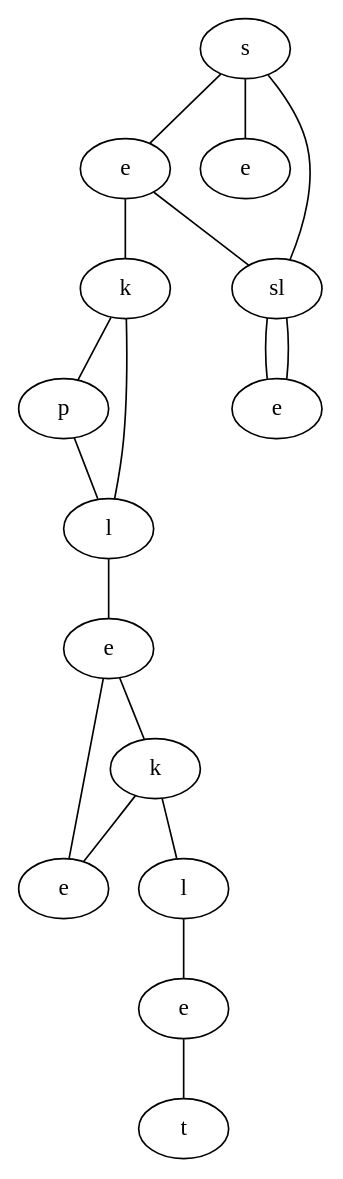
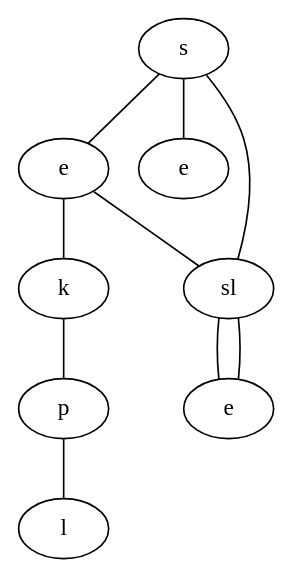
One commit to schrum2/MM-NEAT changed the diagram in data/VGLC/graph.dot. Above: the diagram before and after it, drawn with Graphviz. The commit also changed 2 other files, not shown here.

Commit message:
Still working on GraphGrammar for puzzles

```diff
--- a/data/VGLC/graph.dot
+++ b/data/VGLC/graph.dot
@@ -1,33 +1,19 @@
 graph {
-FzPg[label="s"]
-bXSc[label="e"]
-UOVj[label="e"]
-vAwm[label="sl"]
-dksJ[label="k"]
-Tobx[label="e"]
-defm[label="p"]
-qsun[label="l"]
-MuTK[label="e"]
-doJa[label="k"]
-gMWQ[label="e"]
-pXyq[label="l"]
-iXbJ[label="e"]
-WhrE[label="t"]
-FzPg -- bXSc
-FzPg -- UOVj
-FzPg -- vAwm
-bXSc -- dksJ
-bXSc -- vAwm
-vAwm -- Tobx
-dksJ -- defm
-dksJ -- qsun
-vAwm -- Tobx
-defm -- qsun
-qsun -- MuTK
-MuTK -- doJa
-MuTK -- gMWQ
-doJa -- pXyq
-doJa -- gMWQ
-pXyq -- iXbJ
-iXbJ -- WhrE
+CzWY[label="s"]
+micM[label="e"]
+SIih[label="e"]
+BUrk[label="sl"]
+omrX[label="k"]
+YknZ[label="e"]
+AqAs[label="p"]
+WkKx[label="l"]
+CzWY -- micM
+CzWY -- SIih
+CzWY -- BUrk
+micM -- omrX
+micM -- BUrk
+BUrk -- YknZ
+omrX -- AqAs
+BUrk -- YknZ
+AqAs -- WkKx
 }
```
